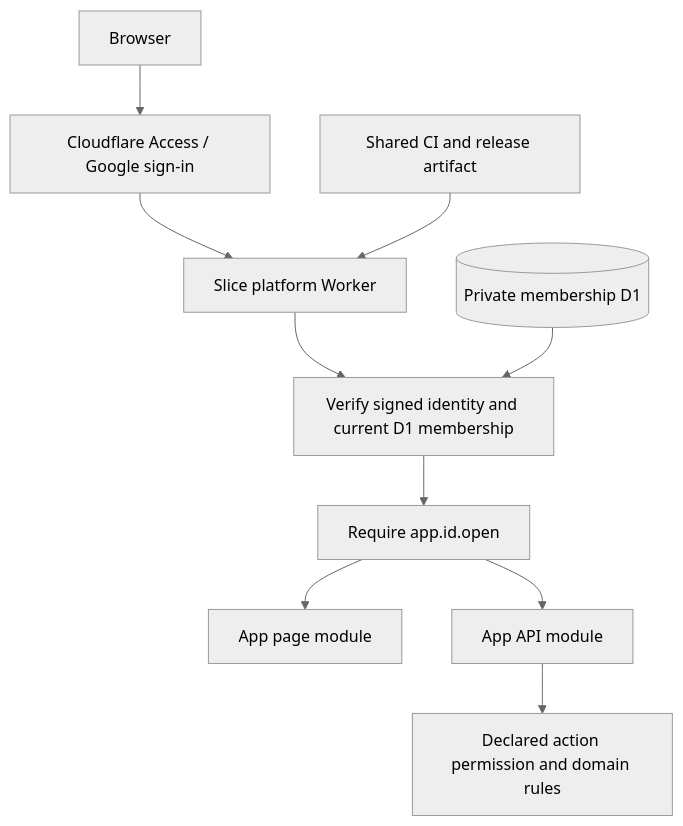
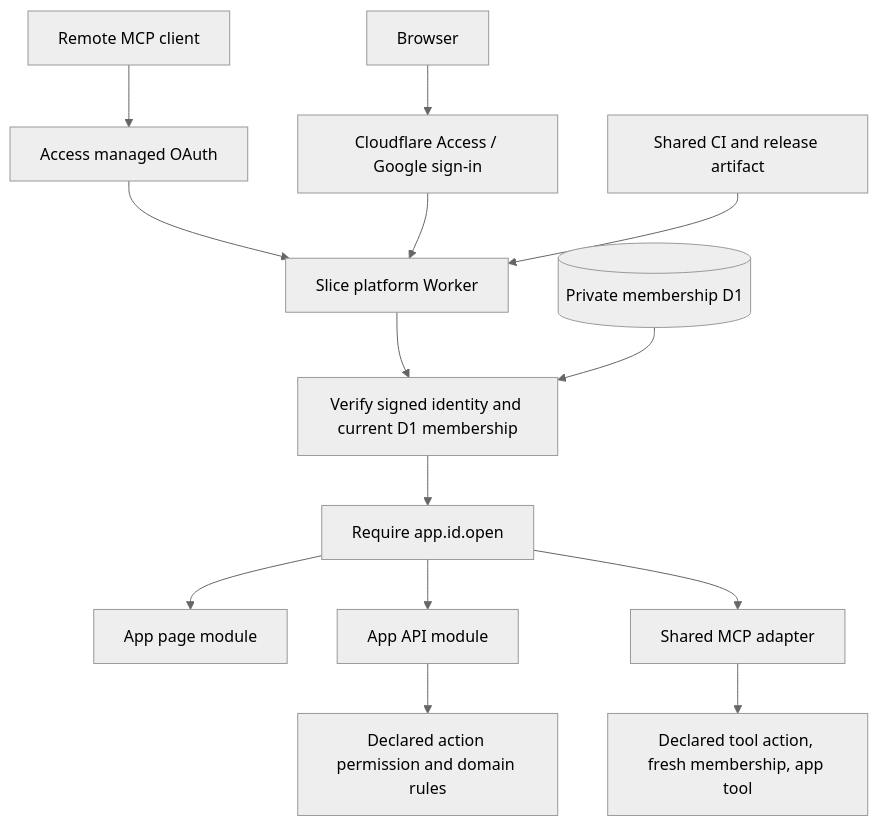
The diagram in docs/architecture.md (sliceconsultingsu/slice-launcher), drawn with Mermaid (neutral theme) before and after one commit. The commit also changed other lines of this file and 28 other files, not shown here.

````diff
--- a/docs/architecture.md
+++ b/docs/architecture.md
@@ -21,12 +21,16 @@
 ```mermaid
 flowchart TD
   Browser --> Access[Cloudflare Access / Google sign-in]
+  Client[Remote MCP client] --> OAuth[Access managed OAuth]
+  OAuth --> Host
   Access --> Host[Slice platform Worker]
   Host --> Gate[Verify signed identity and current D1 membership]
   Gate --> Capability[Require app.id.open]
   Capability --> Page[App page module]
   Capability --> API[App API module]
+  Capability --> MCP[Shared MCP adapter]
+  MCP --> Tool[Declared tool action, fresh membership, app tool]
   API --> Action[Declared action permission and domain rules]
   D1[(Private membership D1)] --> Gate
   CI[Shared CI and release artifact] --> Host
 ```
````
